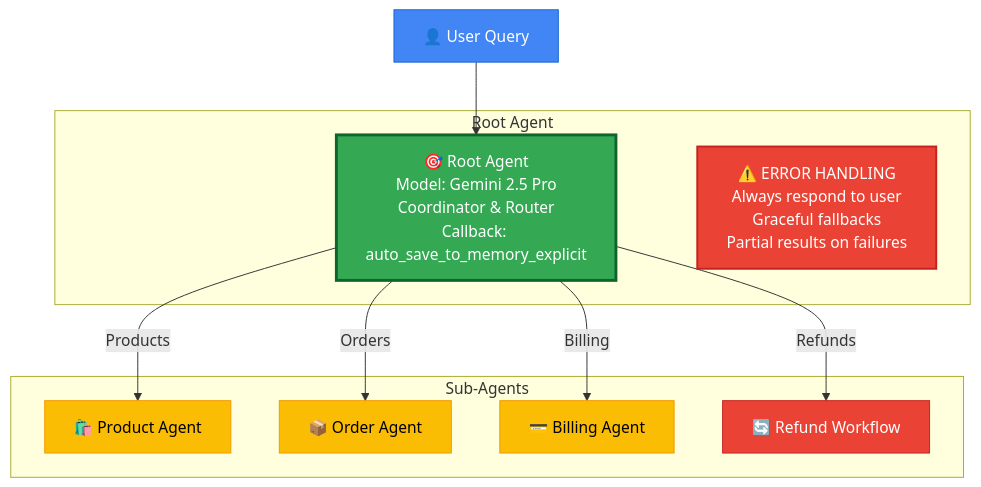
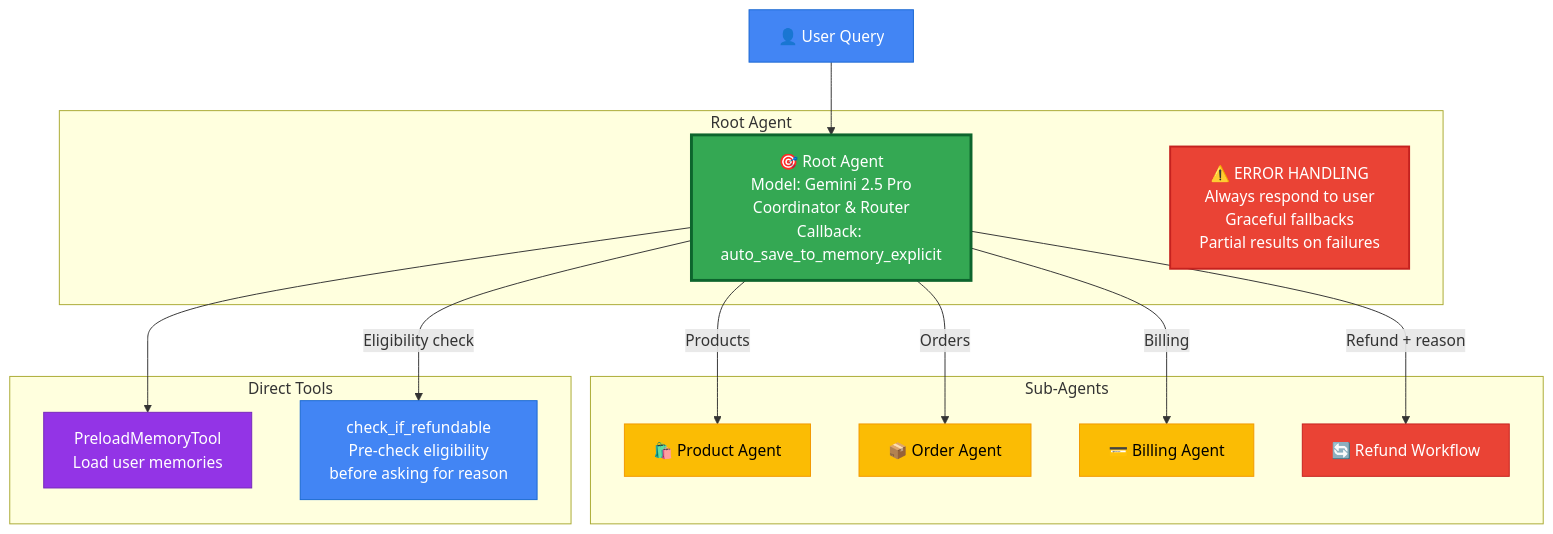
Before and after one commit to Saoussen-CH/adk-multiagent-production-template: the diagram in docs/diagrams/root-agent.mmd, drawn with Mermaid. The commit also changed 5 other files, not shown here.

Commit message:
docs: update diagrams — fix tool counts, callback name, add missing tools [skip ci]

```diff
--- a/docs/diagrams/root-agent.mmd
+++ b/docs/diagrams/root-agent.mmd
@@ -1,30 +1,39 @@
 %% Root Agent Architecture
 %% Google Cloud Platform Style
 
 graph TB
     subgraph "Root Agent"
         Agent[🎯 Root Agent<br/>Model: Gemini 2.5 Pro<br/>Coordinator & Router<br/>Callback: auto_save_to_memory_explicit]
         ErrorHandling[⚠️ ERROR HANDLING<br/>Always respond to user<br/>Graceful fallbacks<br/>Partial results on failures]
     end
 
     subgraph "Sub-Agents"
         Product[🛍️ Product Agent]
         Order[📦 Order Agent]
         Billing[💳 Billing Agent]
         Refund[🔄 Refund Workflow]
     end
 
+    subgraph "Direct Tools"
+        PreloadMem[PreloadMemoryTool<br/>Load user memories]
+        CheckRefundable[check_if_refundable<br/>Pre-check eligibility<br/>before asking for reason]
+    end
+
     User[👤 User Query] --> Agent
 
     Agent -->|Products| Product
     Agent -->|Orders| Order
     Agent -->|Billing| Billing
-    Agent -->|Refunds| Refund
+    Agent -->|Eligibility check| CheckRefundable
+    Agent -->|Refund + reason| Refund
+    Agent --> PreloadMem
 
     style User fill:#4285F4,stroke:#1967D2,color:#fff
     style Agent fill:#34A853,stroke:#0D652D,color:#fff,stroke-width:3px
     style ErrorHandling fill:#EA4335,stroke:#C5221F,color:#fff,stroke-width:2px
     style Product fill:#FBBC04,stroke:#F29900,color:#000
     style Order fill:#FBBC04,stroke:#F29900,color:#000
     style Billing fill:#FBBC04,stroke:#F29900,color:#000
     style Refund fill:#EA4335,stroke:#C5221F,color:#fff
+    style PreloadMem fill:#9334E6,stroke:#7627BB,color:#fff
+    style CheckRefundable fill:#4285F4,stroke:#1967D2,color:#fff
```
